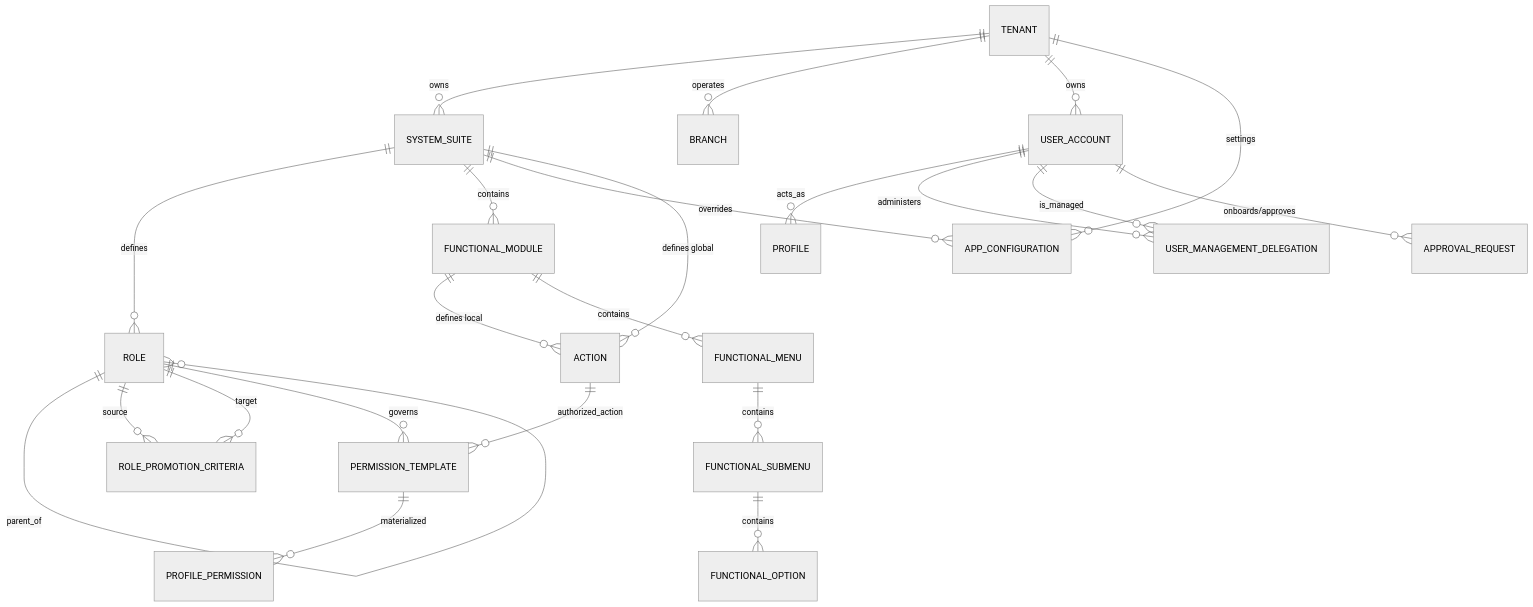
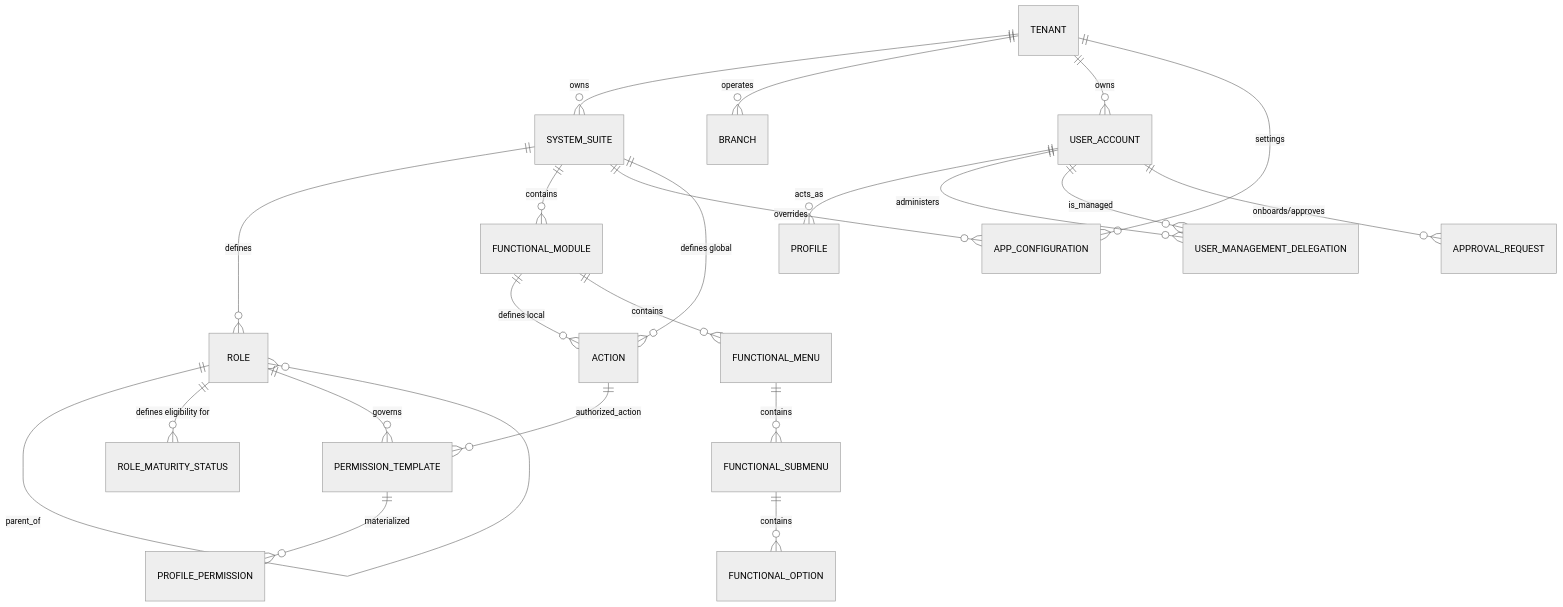
Before and after one commit to beyondnetcode/ums: the first of 4 diagrams in docs/architecture/blueprints/database-design-er.md, drawn with Mermaid (neutral theme). The commit also changed other lines of this file and 3 other files, not shown here.

Commit message:
docs: sync database design ER blueprints and export formats with C# domain aggregates and naming standards

````diff
--- a/docs/architecture/blueprints/database-design-er.md
+++ b/docs/architecture/blueprints/database-design-er.md
@@ -31,32 +31,31 @@
 ```mermaid
 erDiagram
     TENANT ||--o{ SYSTEM_SUITE : "owns"
     TENANT ||--o{ BRANCH : "operates"
     TENANT ||--o{ USER_ACCOUNT : "owns"
     SYSTEM_SUITE ||--o{ ROLE : "defines"
     SYSTEM_SUITE ||--o{ FUNCTIONAL_MODULE : "contains"
     
     ROLE ||--o{ ROLE : "parent_of"
-    ROLE ||--o{ ROLE_PROMOTION_CRITERIA : "source"
-    ROLE ||--o{ ROLE_PROMOTION_CRITERIA : "target"
+    ROLE ||--o{ ROLE_MATURITY_STATUS : "defines eligibility for"
     
     TENANT ||--o{ APP_CONFIGURATION : "settings"
     SYSTEM_SUITE ||--o{ APP_CONFIGURATION : "overrides"
     
     ROLE ||--o{ PERMISSION_TEMPLATE : "governs"
     PERMISSION_TEMPLATE ||--o{ PROFILE_PERMISSION : "materialized"
     
     USER_ACCOUNT ||--o{ PROFILE : "acts_as"
     USER_ACCOUNT ||--o{ USER_MANAGEMENT_DELEGATION : "administers"
     USER_ACCOUNT ||--o{ USER_MANAGEMENT_DELEGATION : "is_managed"
     USER_ACCOUNT ||--o{ APPROVAL_REQUEST : "onboards/approves"
     
     SYSTEM_SUITE ||--o{ ACTION : "defines global"
     FUNCTIONAL_MODULE ||--o{ ACTION : "defines local"
     
     FUNCTIONAL_MODULE ||--o{ FUNCTIONAL_MENU : "contains"
     FUNCTIONAL_MENU ||--o{ FUNCTIONAL_SUBMENU : "contains"
     FUNCTIONAL_SUBMENU ||--o{ FUNCTIONAL_OPTION : "contains"
     
     ACTION ||--o{ PERMISSION_TEMPLATE : "authorized_action"
 ```
````
